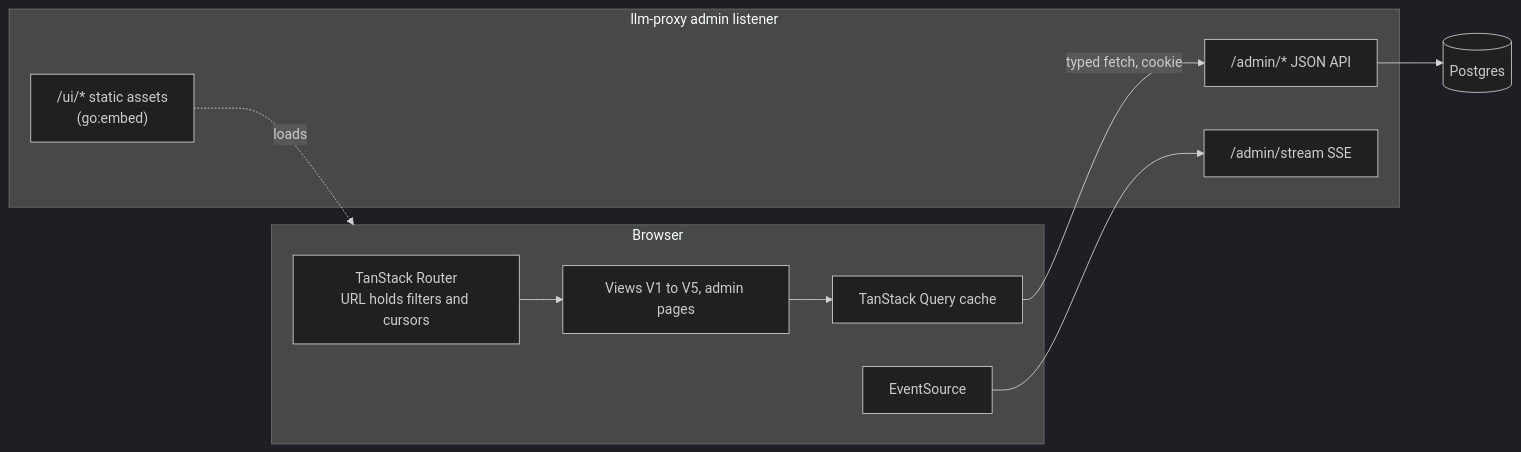
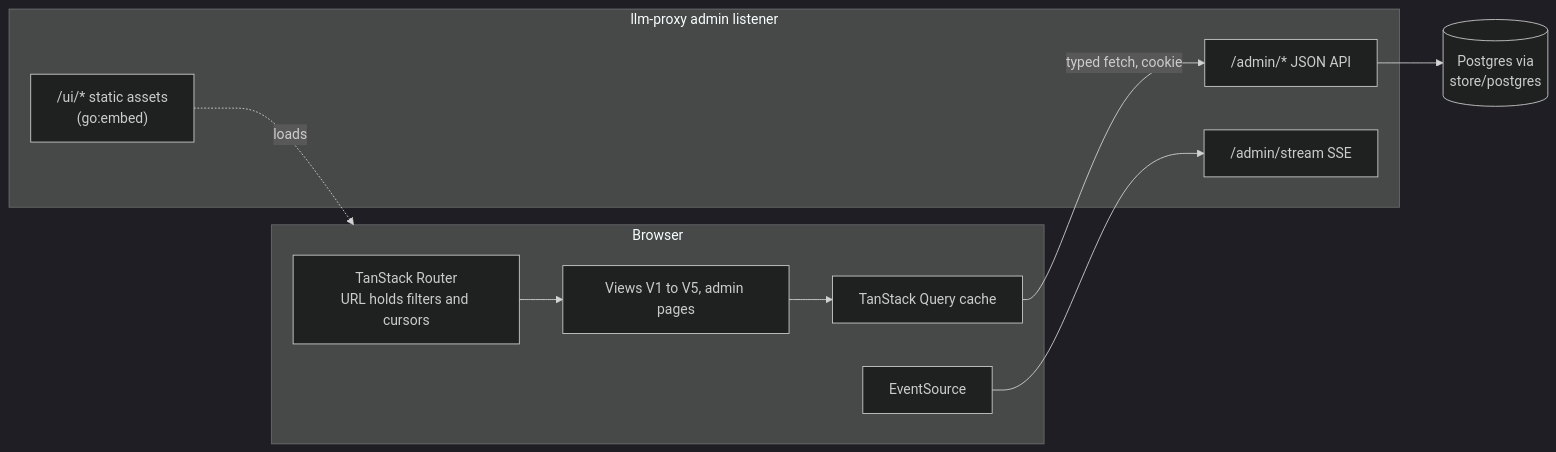
One commit to mtanzi/llm-proxy changed the diagram in docs/architecture/frontend.md. Above: the diagram before and after it, drawn with Mermaid (dark theme). The commit also changed other lines of this file and 5 other files, not shown here.

Commit message:
docs: put storage behind ports, store/postgres as v1 adapter

````diff
--- a/docs/architecture/frontend.md
+++ b/docs/architecture/frontend.md
@@ -13,22 +13,22 @@
 ```mermaid
 flowchart LR
     subgraph browser[Browser]
         router[TanStack Router<br/>URL holds filters and cursors]
         qc[TanStack Query cache]
         views[Views V1 to V5, admin pages]
         es[EventSource]
     end
     subgraph go[llm-proxy admin listener]
         spa["/ui/* static assets<br/>(go:embed)"]
         api["/admin/* JSON API"]
         stream["/admin/stream SSE"]
     end
-    pg[(Postgres)]
+    pg[(Postgres via<br/>store/postgres)]
 
     router --> views
     views --> qc
     qc -->|typed fetch, cookie| api
     es --> stream
     spa -.loads.-> browser
     api --> pg
 ```
````
